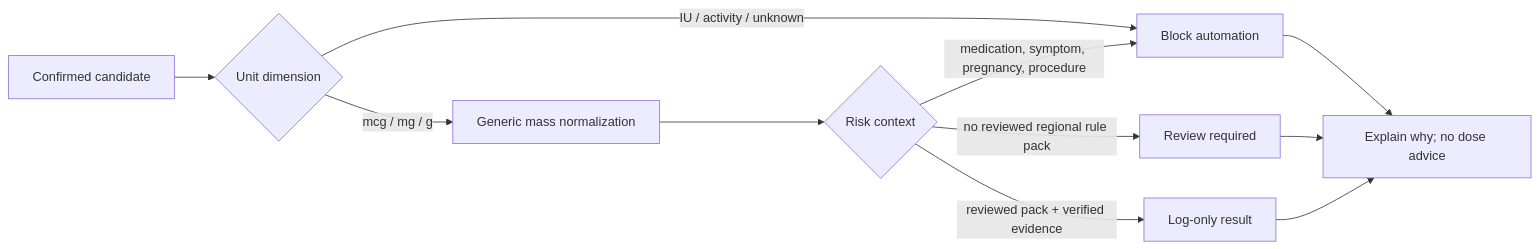
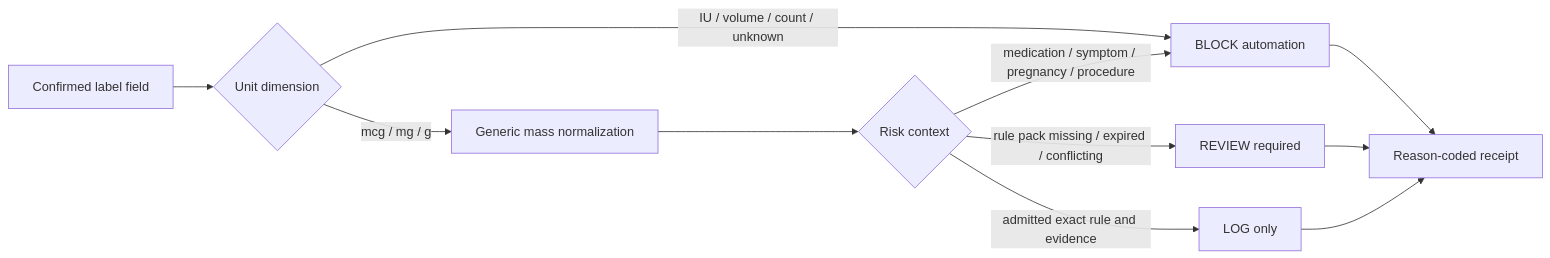
One commit to ed3c/gym-come-true changed the third of 8 diagrams in docs/architecture.md. Above: the diagram before and after it, drawn with Mermaid. The commit also changed other lines of this file and 12 other files, not shown here.

Commit message:
docs(agent): map state machines and stacked delivery graph

````diff
--- a/docs/architecture.md
+++ b/docs/architecture.md
@@ -140,13 +193,13 @@
 ```mermaid
 flowchart LR
-    Fact[Confirmed candidate] --> Unit{Unit dimension}
-    Unit -->|mcg / mg / g| Mass[Generic mass normalization]
-    Unit -->|IU / activity / unknown| Block[Block automation]
-    Mass --> Context{Risk context}
-    Context -->|medication, symptom, pregnancy, procedure| Block
-    Context -->|no reviewed regional rule pack| Review[Review required]
-    Context -->|reviewed pack + verified evidence| Log[Log-only result]
-    Block --> Explain[Explain why; no dose advice]
-    Review --> Explain
-    Log --> Explain
+    Confirmed[Confirmed label field] --> Dimension{Unit dimension}
+    Dimension -->|mcg / mg / g| Normalize[Generic mass normalization]
+    Dimension -->|IU / volume / count / unknown| Block[BLOCK automation]
+    Normalize --> Context{Risk context}
+    Context -->|medication / symptom / pregnancy / procedure| Block
+    Context -->|rule pack missing / expired / conflicting| Review[REVIEW required]
+    Context -->|admitted exact rule and evidence| Log[LOG only]
+    Block --> Receipt[Reason-coded receipt]
+    Review --> Receipt
+    Log --> Receipt
 ```
````
